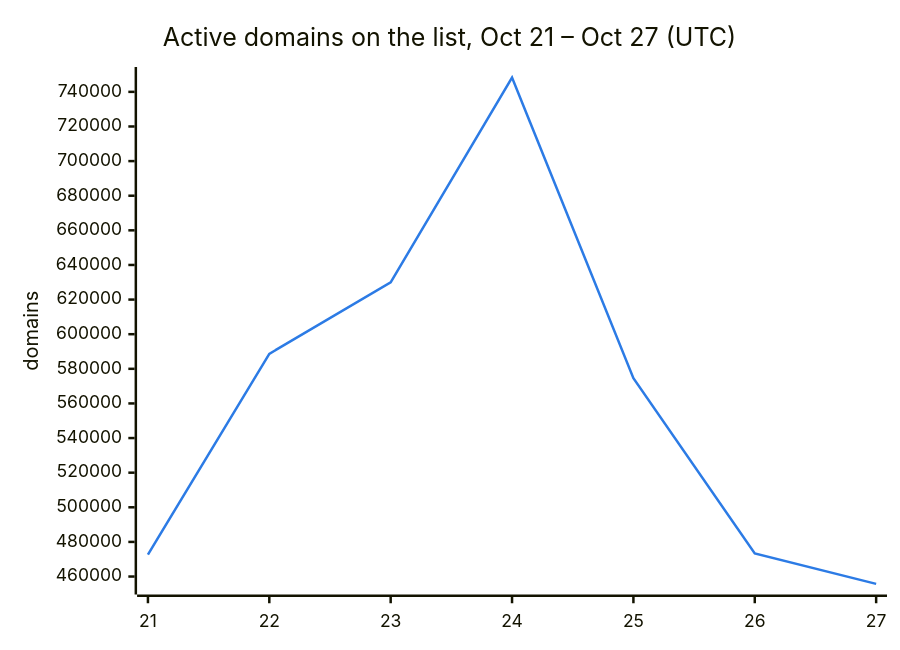
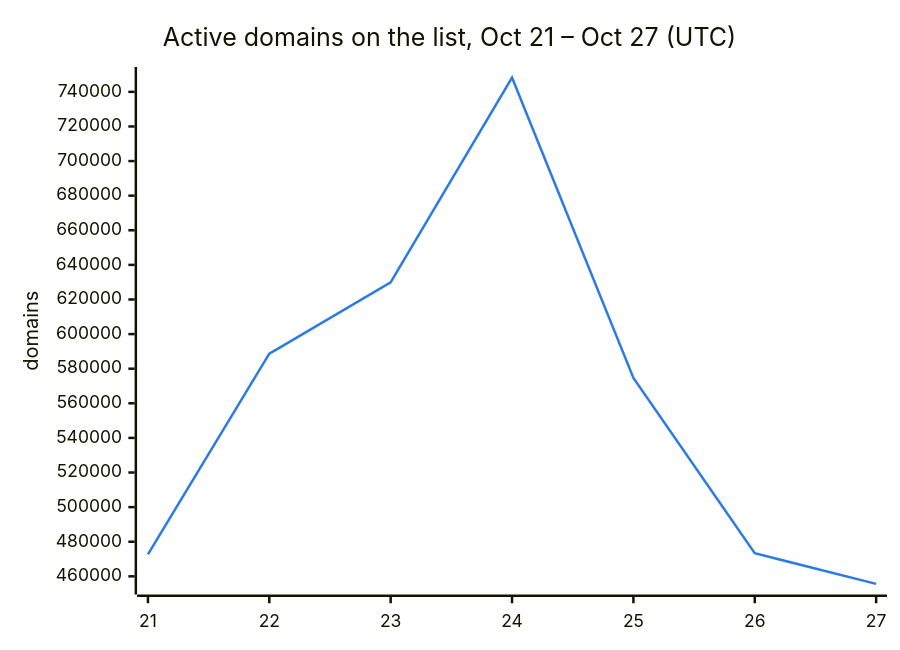
One commit to DNSBunker/CTI changed the second of 3 diagrams in README.md. Above: the diagram before and after it, drawn with Mermaid. The commit also changed other lines of this file and 3 other files, not shown here.

````diff
--- a/README.md
+++ b/README.md
@@ -38,8 +38,8 @@
 ```mermaid
 %%{init: {"themeVariables": {"xyChart": {"plotColorPalette": "#2c7be5"}}}}%%
 xychart-beta
     title "Active domains on the list, Oct 21 – Oct 27 (UTC)"
     x-axis ["21", "22", "23", "24", "25", "26", "27"]
     y-axis "domains"
-    line [472713, 588659, 629951, 748222, 574614, 473331, 455759]
+    line [472713, 588659, 629951, 748222, 574614, 473331, 455639]
 ```
````
